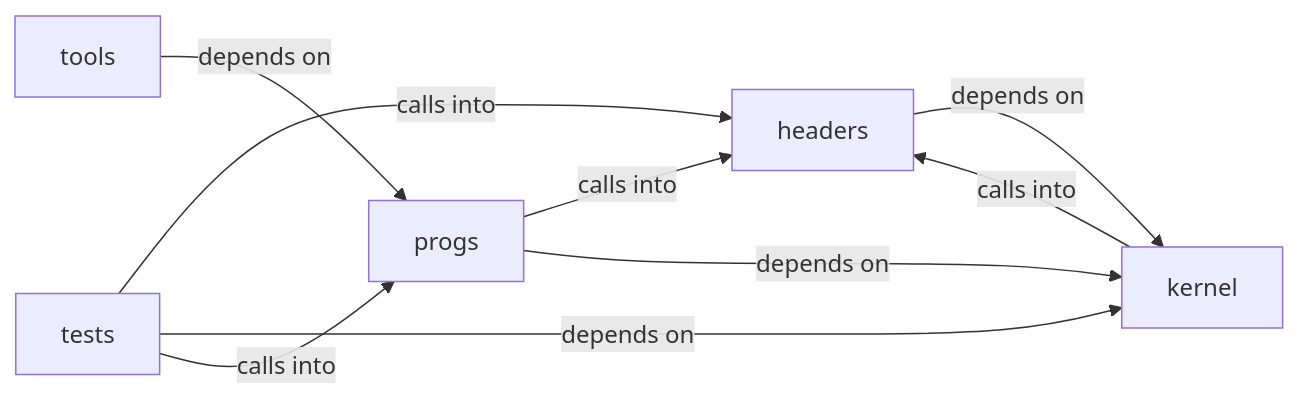
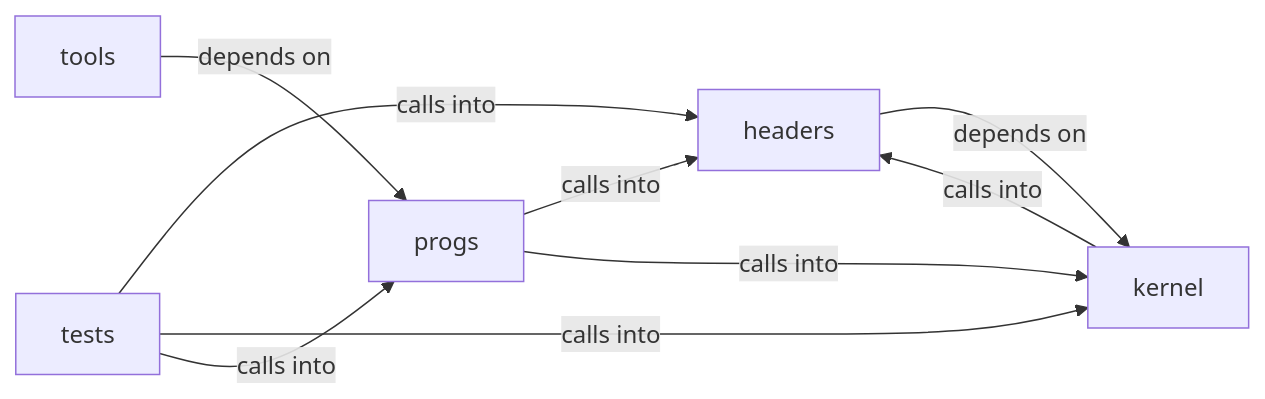
The diagram in readmenator-diagrams/progs_src.md (grisuno/miniOS), drawn with Mermaid before and after one commit. The commit also changed 222 other files, not shown here.

````diff
--- a/readmenator-diagrams/progs_src.md
+++ b/readmenator-diagrams/progs_src.md
@@ -5,16 +5,16 @@
 ```mermaid
 graph LR
     headers["headers"]
     kernel["kernel"]
     progs["progs"]
     tests["tests"]
     tools["tools"]
     headers -- "depends on" --> kernel
     kernel -- "calls into" --> headers
     progs -- "calls into" --> headers
-    progs -- "depends on" --> kernel
+    progs -- "calls into" --> kernel
     tests -- "calls into" --> headers
-    tests -- "depends on" --> kernel
+    tests -- "calls into" --> kernel
     tests -- "calls into" --> progs
     tools -- "depends on" --> progs
 ```
````
